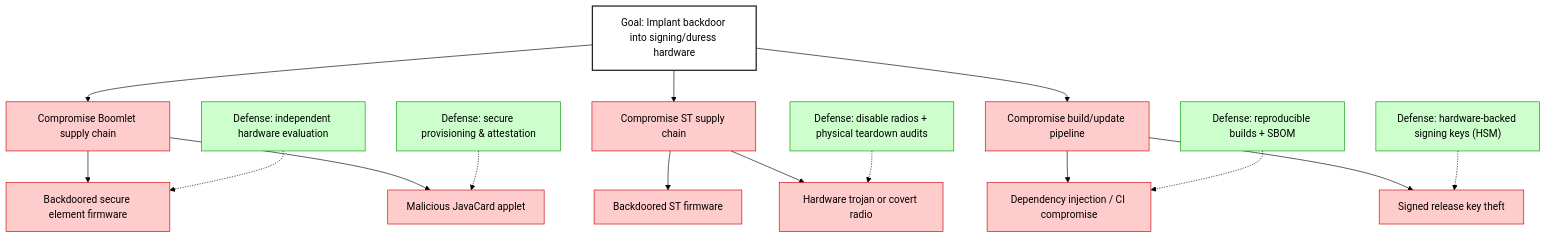
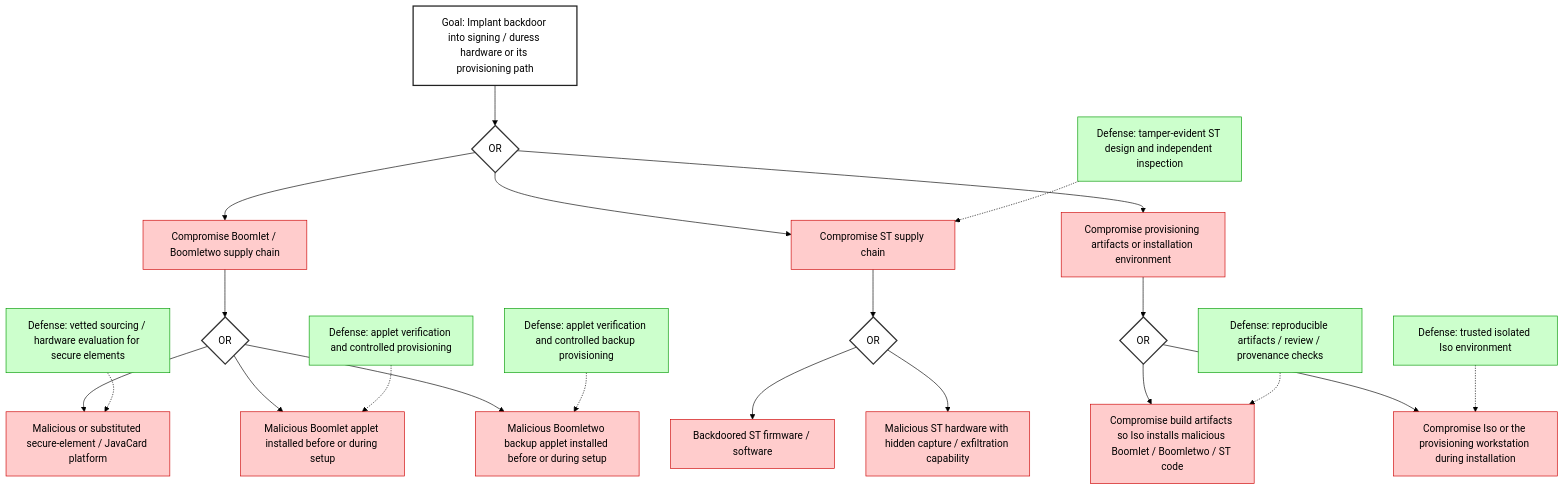
Before and after one commit to bitryonix/boomerang_design: the ninth of 9 diagrams in security_models/README.md, drawn with Mermaid (forest theme). The commit also changed other lines of this file and 11 other files, not shown here.

````diff
--- a/security_models/README.md
+++ b/security_models/README.md
@@ -1223,28 +1398,52 @@
 ```mermaid
 flowchart TD
-  A["Goal: Implant backdoor into signing/duress hardware"] --> B["Compromise Boomlet supply chain"]
-  A --> C["Compromise ST supply chain"]
-  A --> D["Compromise build/update pipeline"]
+  A["Goal: Implant backdoor into signing / duress hardware or its provisioning path"] --> OR0{OR}
 
-  B --> B1["Backdoored secure element firmware"]
-  B --> B2["Malicious JavaCard applet"]
-  C --> C1["Backdoored ST firmware"]
-  C --> C2["Hardware trojan or covert radio"]
-  D --> D1["Dependency injection / CI compromise"]
-  D --> D2["Signed release key theft"]
+  OR0 --> B["Compromise Boomlet / Boomletwo supply chain"]
+  OR0 --> C["Compromise ST supply chain"]
+  OR0 --> D["Compromise provisioning artifacts or installation environment"]
 
+  %% ----------------------------
+  %% Boomlet / Boomletwo compromise
+  %% ----------------------------
+  B --> OR1{OR}
+  OR1 --> B1["Malicious or substituted secure-element / JavaCard platform"]
+  OR1 --> B2["Malicious Boomlet applet installed before or during setup"]
+  OR1 --> B3["Malicious Boomletwo backup applet installed before or during setup"]
+
+  %% ----------------------------
+  %% ST compromise
+  %% ----------------------------
+  C --> OR2{OR}
+  OR2 --> C1["Backdoored ST firmware / software"]
+  OR2 --> C2["Malicious ST hardware with hidden capture / exfiltration capability"]
+
+  %% ----------------------------
+  %% Provisioning / installation compromise
+  %% ----------------------------
+  D --> OR3{OR}
+  OR3 --> D1["Compromise build artifacts so Iso installs malicious Boomlet / Boomletwo / ST code"]
+  OR3 --> D2["Compromise Iso or the provisioning workstation during installation"]
+
+  %% ----------------------------
   %% Defenses
-  E1["Defense: reproducible builds + SBOM"] -.-> D1
-  E2["Defense: hardware-backed signing keys (HSM)"] -.-> D2
-  E3["Defense: independent hardware evaluation"] -.-> B1
-  E4["Defense: secure provisioning & attestation"] -.-> B2
-  E5["Defense: disable radios + physical teardown audits"] -.-> C2
+  %% ----------------------------
+  E1["Defense: vetted sourcing / hardware evaluation for secure elements"] -.-> B1
+  E2["Defense: applet verification and controlled provisioning"] -.-> B2
+  E3["Defense: applet verification and controlled backup provisioning"] -.-> B3
+  E4["Defense: tamper-evident ST design and independent inspection"] -.-> C
+  E5["Defense: reproducible artifacts / review / provenance checks"] -.-> D1
+  E6["Defense: trusted isolated Iso environment"] -.-> D2
 
-  %% Styles (requested)
+  %% Styles
   classDef goal fill:#ffffff,stroke:#222,stroke-width:2px,color:#000;
   classDef attack fill:#ffcccc,stroke:#cc0000,color:#000;
   classDef defense fill:#ccffcc,stroke:#009900,color:#000;
+  classDef gate fill:#ffffff,stroke:#333,stroke-width:2px,color:#000;
+
   class A goal;
-  class B,C,D,B1,B2,C1,C2,D1,D2 attack;
-  class E1,E2,E3,E4,E5 defense;
+  class B,C,D,B1,B2,B3,C1,C2,D1,D2 attack;
+  class E1,E2,E3,E4,E5,E6 defense;
+  class OR0,OR1,OR2,OR3 gate;
+
 ```
````
